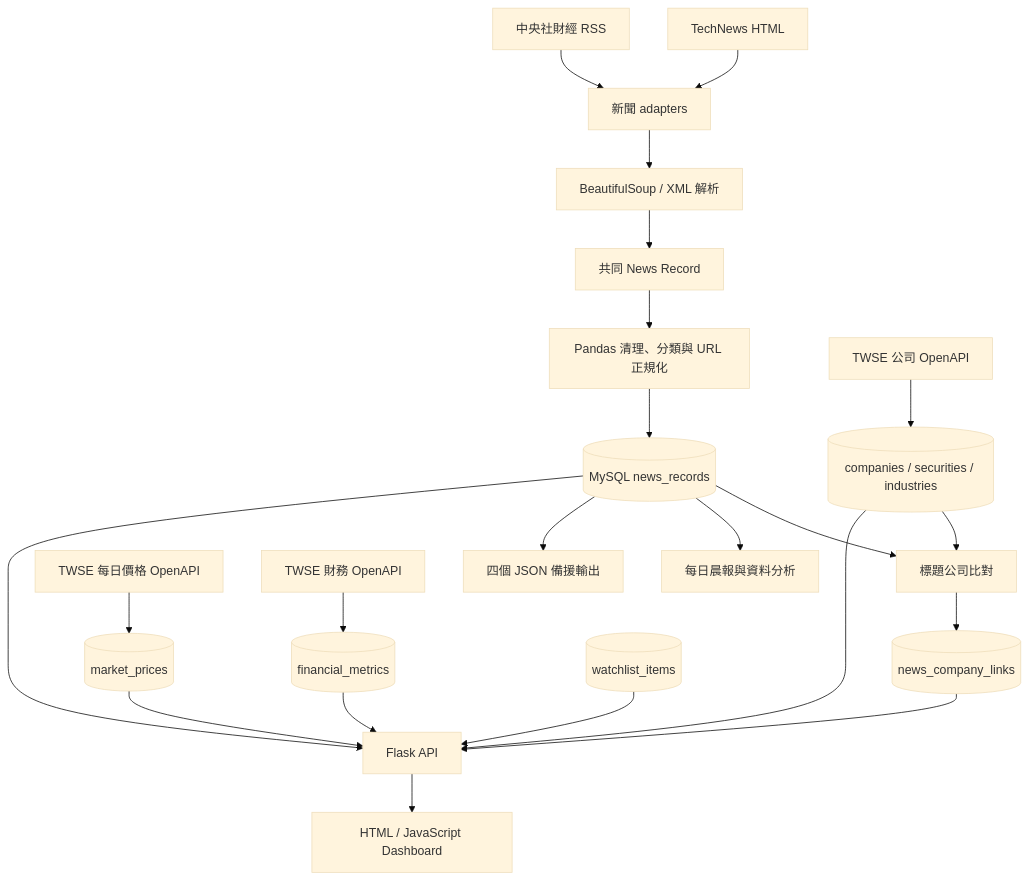
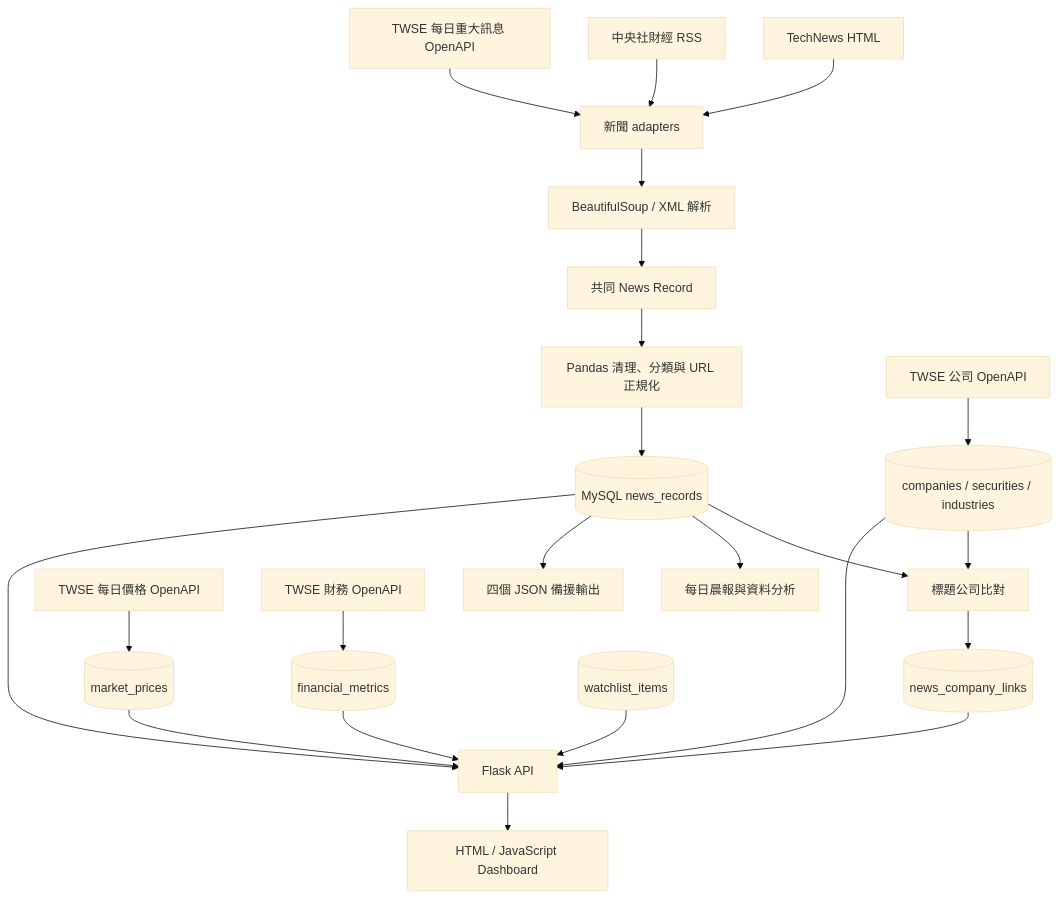
Before and after one commit to OllieHu12304/Morning-Alpha: the diagram in docs/USER_GUIDE.md, drawn with Mermaid (base theme). The commit also changed other lines of this file and 13 other files, not shown here.

````diff
--- a/docs/USER_GUIDE.md
+++ b/docs/USER_GUIDE.md
@@ -46,27 +46,28 @@
 ```mermaid
 flowchart TD
     A["TechNews HTML"] --> C["新聞 adapters"]
     B["中央社財經 RSS"] --> C
+    U["TWSE 每日重大訊息 OpenAPI"] --> C
     C --> D["BeautifulSoup / XML 解析"]
     D --> E["共同 News Record"]
     E --> F["Pandas 清理、分類與 URL 正規化"]
     F --> G[("MySQL news_records")]
 
     H["TWSE 公司 OpenAPI"] --> I[("companies / securities / industries")]
     G --> J["標題公司比對"]
     I --> J
     J --> K[("news_company_links")]
 
     L["TWSE 每日價格 OpenAPI"] --> M[("market_prices")]
     N["TWSE 財務 OpenAPI"] --> O[("financial_metrics")]
 
     G --> P["每日晨報與資料分析"]
     G --> Q["四個 JSON 備援輸出"]
     G --> R["Flask API"]
     I --> R
     K --> R
     M --> R
     O --> R
     S[("watchlist_items")] --> R
     R --> T["HTML / JavaScript Dashboard"]
 ```
````
